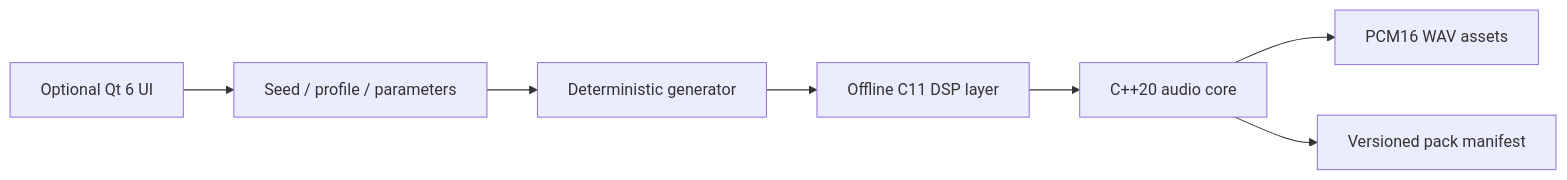
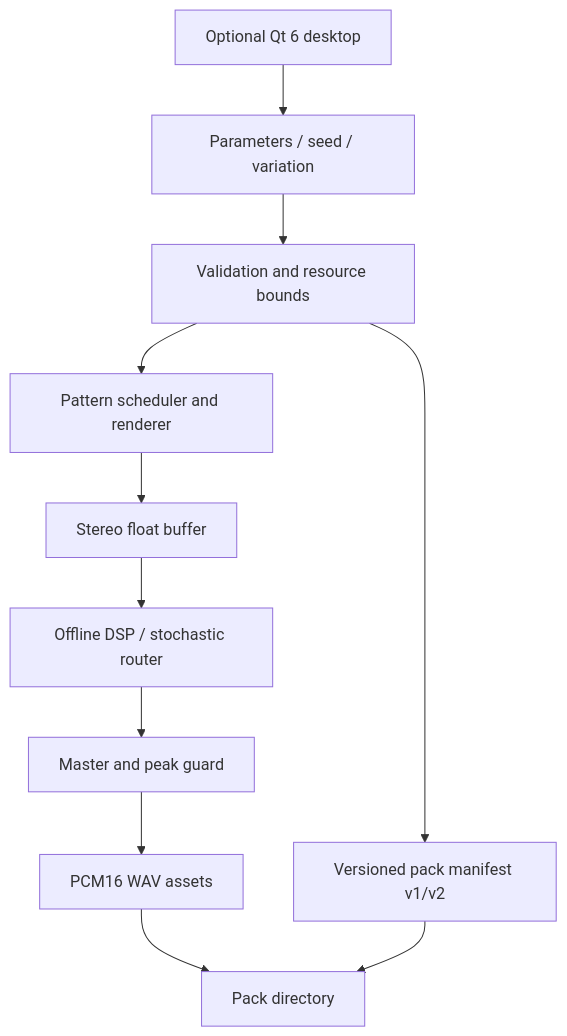
The diagram in README.md (Ivan-VHS/VentuSample), drawn with Mermaid before and after one commit. The commit also changed other lines of this file, not shown here.

```diff
--- a/README.md
+++ b/README.md
@@ -33,9 +37,13 @@
 ~~~mermaid
-flowchart LR
-  P["Seed / profile / parameters"] --> G["Deterministic generator"]
-  G --> D["Offline C11 DSP layer"]
-  D --> X["C++20 audio core"]
-  X --> W["PCM16 WAV assets"]
-  X --> M["Versioned pack manifest"]
-  Q["Optional Qt 6 UI"] --> P
+flowchart TB
+  U["Parameters / seed / variation"] --> V["Validation and resource bounds"]
+  V --> G["Pattern scheduler and renderer"]
+  G --> F["Stereo float buffer"]
+  F --> D["Offline DSP / stochastic router"]
+  D --> M["Master and peak guard"]
+  M --> W["PCM16 WAV assets"]
+  V --> J["Versioned pack manifest v1/v2"]
+  W --> P["Pack directory"]
+  J --> P
+  Q["Optional Qt 6 desktop"] --> U
 ~~~
```
